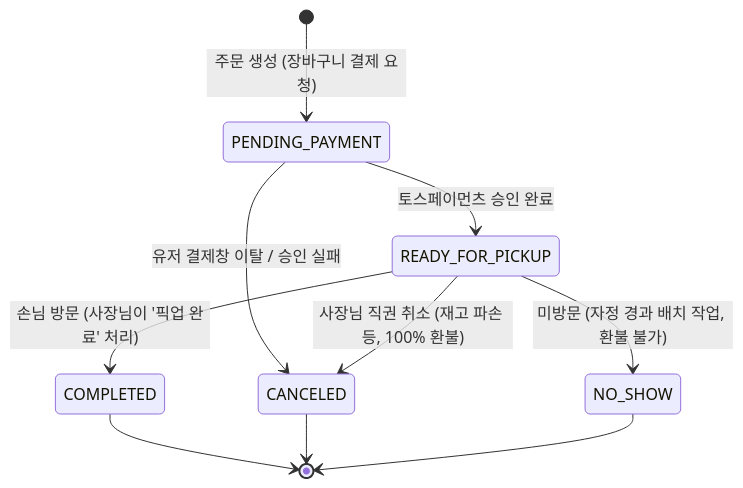
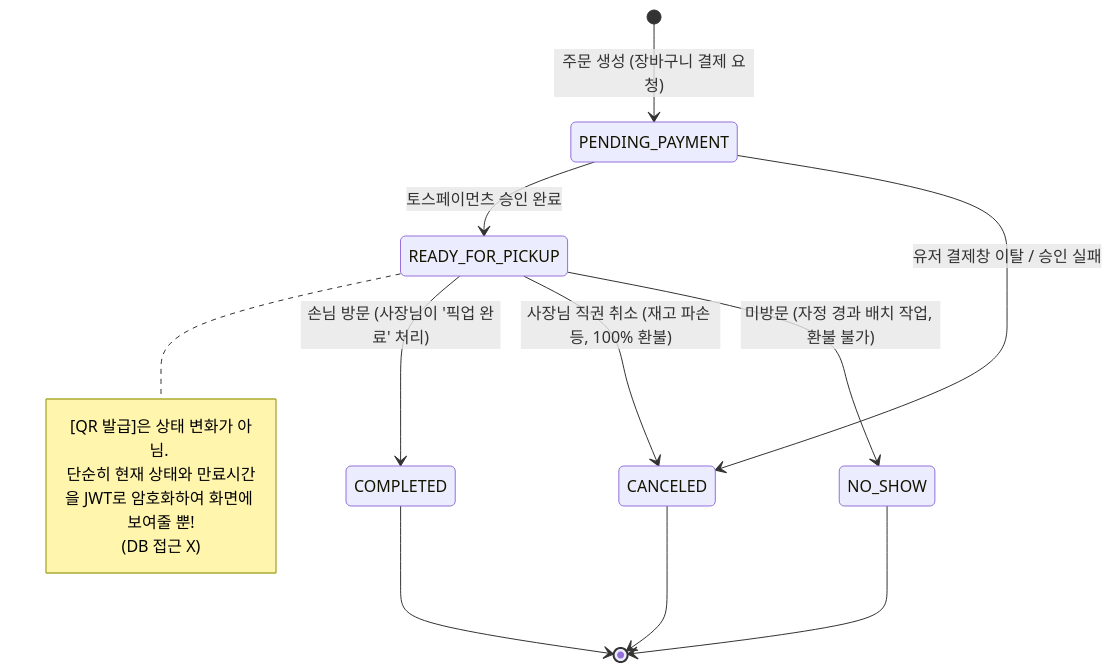
One commit to maenggyuno/timedeal-platform-docs changed the first of 2 diagrams in README.md. Above: the diagram before and after it, drawn with Mermaid. The commit also changed other lines of this file, not shown here.

````diff
--- a/README.md
+++ b/README.md
@@ -60,19 +60,24 @@
 ```mermaid
 stateDiagram-v2
     %% 시작점
     [*] --> PENDING_PAYMENT : 주문 생성 (장바구니 결제 요청)
 
     %% 결제 대기 단계
     PENDING_PAYMENT --> READY_FOR_PICKUP : 토스페이먼츠 승인 완료
     PENDING_PAYMENT --> CANCELED : 유저 결제창 이탈 / 승인 실패
+    note right of READY_FOR_PICKUP
+      [QR 발급]은 상태 변화가 아님. 
+      단순히 현재 상태와 만료시간을 JWT로 암호화하여 화면에 보여줄 뿐!
+      (DB 접근 X)
+    end note
 
     %% 픽업 대기 단계 (핵심 비즈니스 로직 분기)
     READY_FOR_PICKUP --> COMPLETED : 손님 방문 (사장님이 '픽업 완료' 처리)
     READY_FOR_PICKUP --> CANCELED : 사장님 직권 취소 (재고 파손 등, 100% 환불)
     READY_FOR_PICKUP --> NO_SHOW : 미방문 (자정 경과 배치 작업, 환불 불가)
 
     %% 종료점
     COMPLETED --> [*]
     CANCELED --> [*]
     NO_SHOW --> [*]
 ```
````
